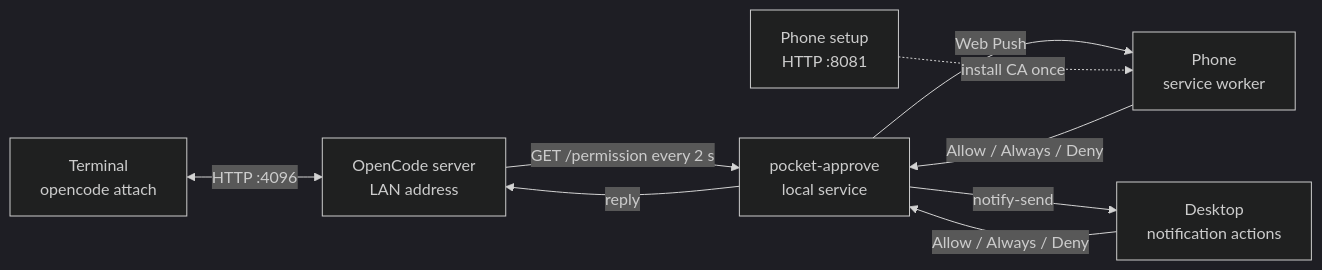
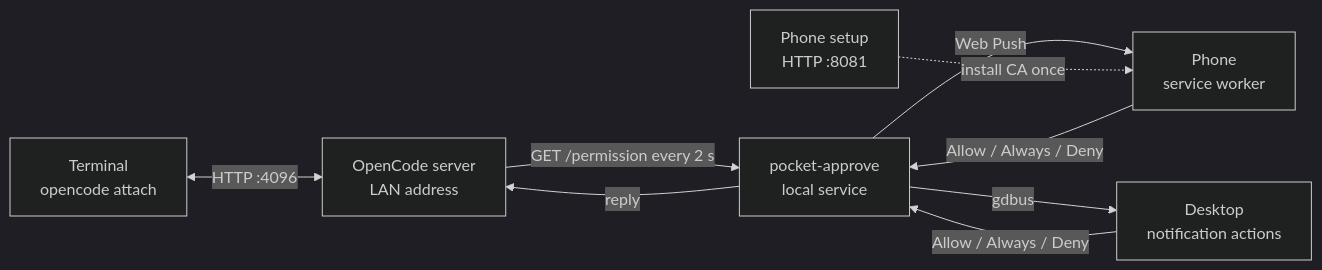
One commit to engida32/pocket-approve changed the diagram in README.md. Above: the diagram before and after it, drawn with Mermaid (dark theme). The commit also changed other lines of this file and 2 other files, not shown here.

````diff
--- a/README.md
+++ b/README.md
@@ -24,11 +24,11 @@
 ```mermaid
 flowchart LR
   T["Terminal<br/>opencode attach"] <-->|"HTTP :4096"| S["OpenCode server<br/>LAN address"]
   S -->|"GET /permission every 2 s"| P["pocket-approve<br/>local service"]
   P -->|"Web Push"| PH["Phone<br/>service worker"]
-  P -->|"notify-send"| D["Desktop<br/>notification actions"]
+  P -->|"gdbus"| D["Desktop<br/>notification actions"]
   PH -->|"Allow / Always / Deny"| P
   D -->|"Allow / Always / Deny"| P
   P -->|"reply"| S
   C["Phone setup<br/>HTTP :8081"] -.->|"install CA once"| PH
 ```
````
